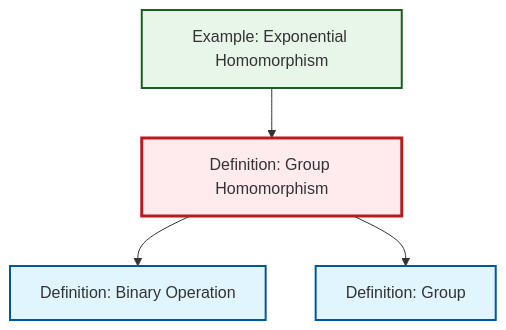
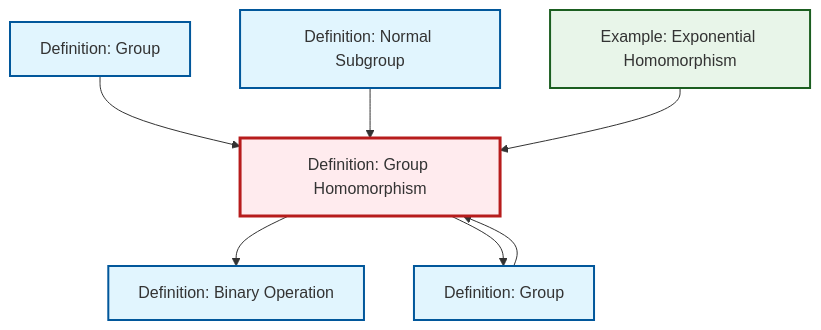
Before and after one commit to RK0429/ModernMath: the diagram in content/en/algebra/def-homomorphism.qmd, drawn with Mermaid. The commit also changed 511 other files, not shown here.

````diff
--- a/content/en/algebra/def-homomorphism.qmd
+++ b/content/en/algebra/def-homomorphism.qmd
@@ -44,21 +44,22 @@
 ```{mermaid}
 %%| fig-cap: "Local dependency graph"
 graph TD
     classDef definition fill:#e1f5fe,stroke:#01579b,stroke-width:2px
     classDef theorem fill:#f3e5f5,stroke:#4a148c,stroke-width:2px
     classDef axiom fill:#fff3e0,stroke:#e65100,stroke-width:2px
     classDef example fill:#e8f5e9,stroke:#1b5e20,stroke-width:2px
     classDef current fill:#ffebee,stroke:#b71c1c,stroke-width:3px
+    def-homomorphism["Definition: Group Homomorphism"]:::definition
+    def-normal-subgroup["Definition: Normal Subgroup"]:::definition
+    def-binary-operation["Definition: Binary Operation"]:::definition
+    ex-exponential-homomorphism["Example: Exponential Homomorphism"]:::example
     def-group["Definition: Group"]:::definition
-    def-homomorphism["Definition: Group Homomorphism"]:::definition
-    ex-exponential-homomorphism["Example: Exponential Homomorphism"]:::example
-    def-binary-operation["Definition: Binary Operation"]:::definition
-    ex-exponential-homomorphism --> def-homomorphism
+    def-group-example["Definition: Group"]:::definition
+    def-group --> def-homomorphism
+    def-group-example --> def-homomorphism
     def-homomorphism --> def-binary-operation
     def-homomorphism --> def-group
+    def-normal-subgroup --> def-homomorphism
+    ex-exponential-homomorphism --> def-homomorphism
     class def-homomorphism current
-
-    click def-group "def-group.html" "Go to Group definition"
-    click ex-exponential-homomorphism "ex-exponential-homomorphism.html" "Go to Exponential Homomorphism example"
-    click def-binary-operation "def-binary-operation.html" "Go to Binary Operation definition"
 ```
````
